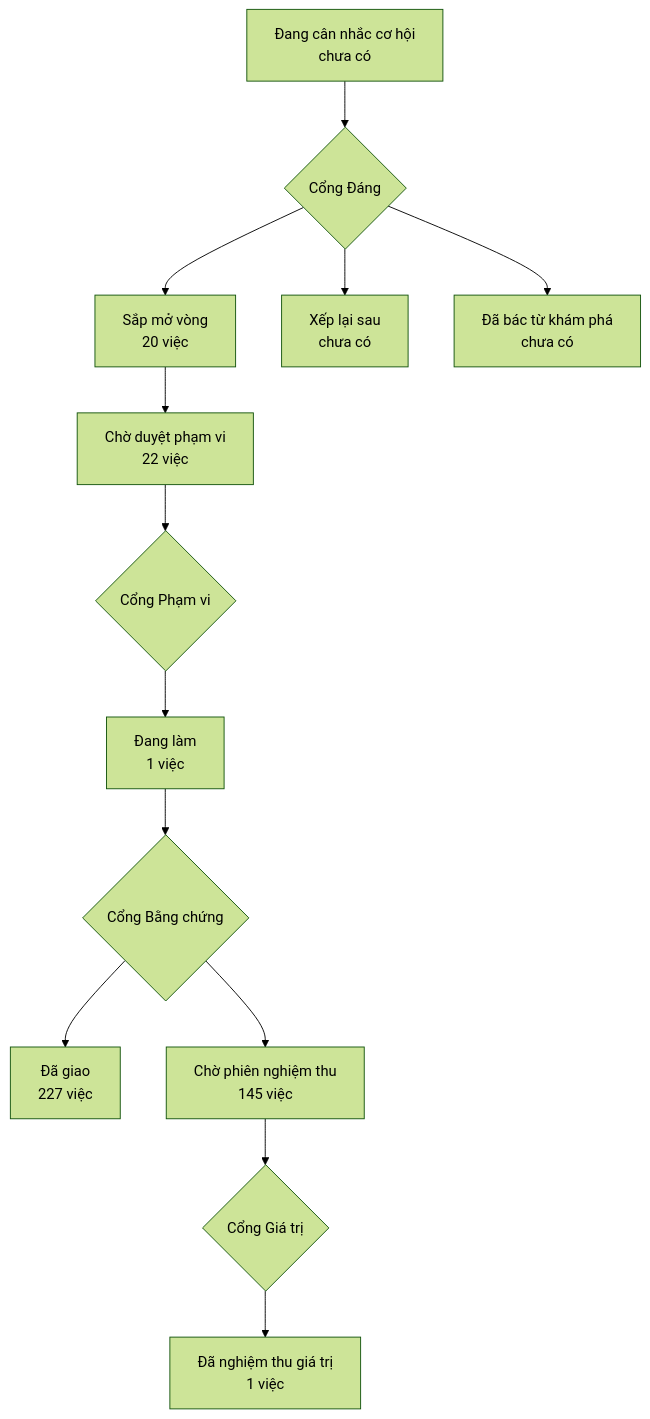
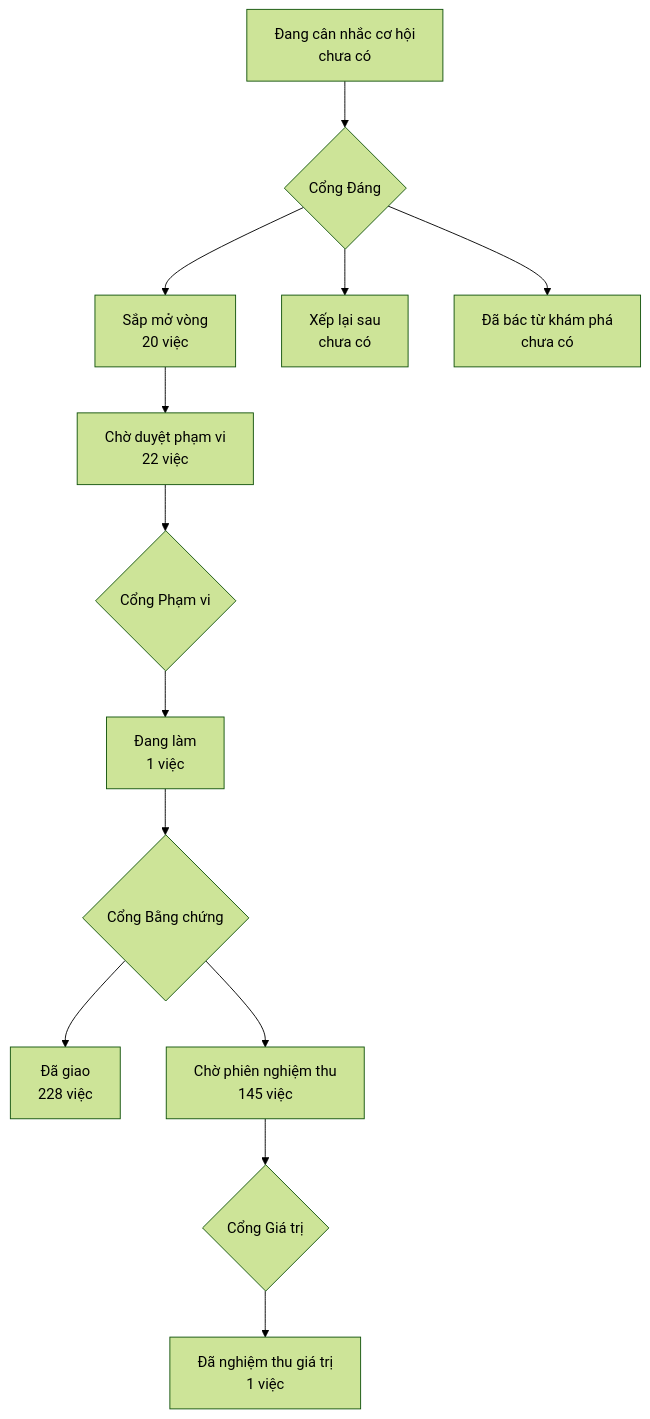
One commit to phanlemanh/onehub-invest changed the diagram in PRODUCT-MAP.md. Above: the diagram before and after it, drawn with Mermaid (forest theme). The commit also changed other lines of this file and 1 other file, not shown here.

Commit message:
chore(acceptance): vẽ lại PRODUCT-MAP và LO-TRINH sau khi nhận main b013b4428 (db-chi-nghe-noi-bo-va-chinh-postgres)

````diff
--- a/PRODUCT-MAP.md
+++ b/PRODUCT-MAP.md
@@ -7,12 +7,12 @@
 ```mermaid
 flowchart TD
   A["Đang cân nhắc cơ hội<br/>chưa có"] --> GD{"Cổng Đáng"}
   GD --> B["Sắp mở vòng<br/>20 việc"]
   GD --> XL["Xếp lại sau<br/>chưa có"]
   GD --> DB["Đã bác từ khám phá<br/>chưa có"]
   B --> CD["Chờ duyệt phạm vi<br/>22 việc"] --> GP{"Cổng Phạm vi"}
   GP --> DL["Đang làm<br/>1 việc"] --> GB{"Cổng Bằng chứng"}
-  GB --> DG["Đã giao<br/>227 việc"]
+  GB --> DG["Đã giao<br/>228 việc"]
   GB --> CN["Chờ phiên nghiệm thu<br/>145 việc"] --> GG{"Cổng Giá trị"}
   GG --> NT["Đã nghiệm thu giá trị<br/>1 việc"]
 ```
````
